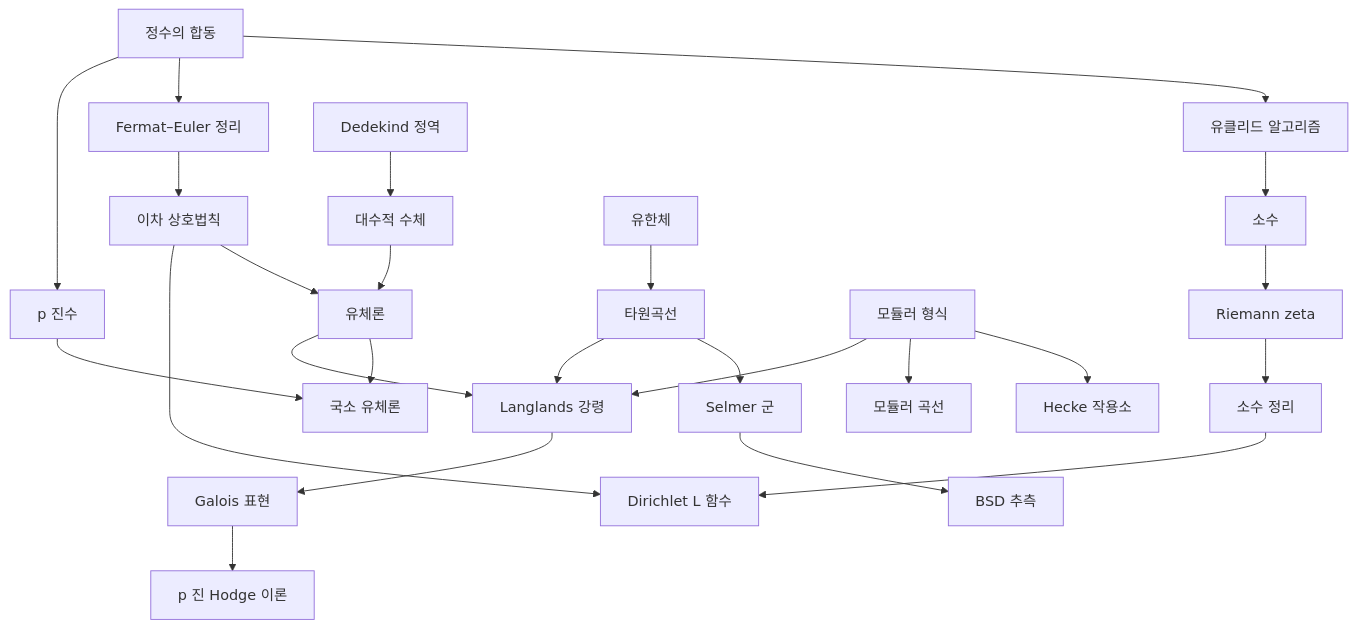
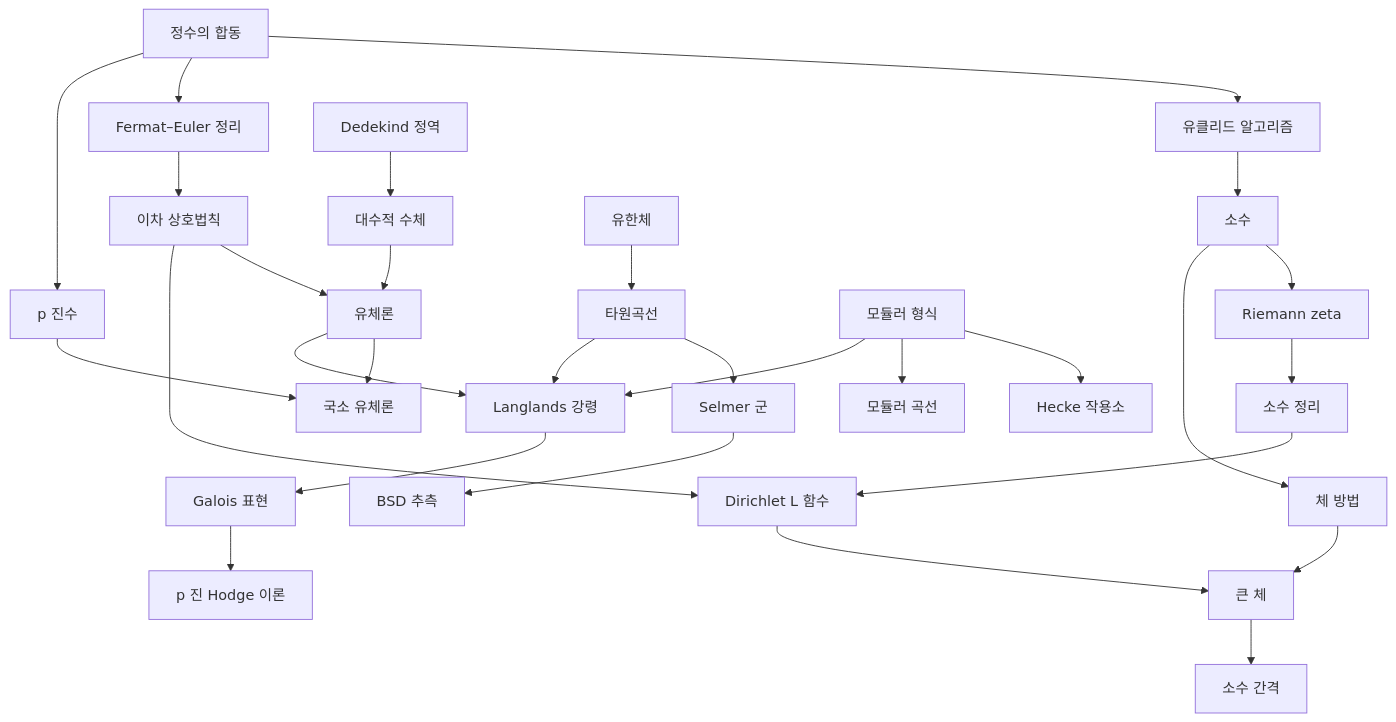
Before and after one commit to Phryxia/math-map: the diagram in docs/number-theory-overview.md, drawn with Mermaid. The commit also changed 1 other file, not shown here.

Commit message:
extend the number theory and functional analysis overview maps with this round's edges
Claude-Session: https://claude.ai/code/session_018mhvjoQDBC4TZsPiYdQHhf

````diff
--- a/docs/number-theory-overview.md
+++ b/docs/number-theory-overview.md
@@ -13,17 +13,19 @@
 ```mermaid
 graph TD
   MA["정수의 합동"] --> EA["유클리드 알고리즘"] --> PR["소수"]
   MA --> FE["Fermat–Euler 정리"] --> QR["이차 상호법칙"]
   MA --> PA["p 진수"] --> LCFT["국소 유체론"]
   PR --> RZ["Riemann zeta"] --> PNT["소수 정리"] --> DL["Dirichlet L 함수"]
+  PR --> SV["체 방법"] --> LSV["큰 체"] --> PG["소수 간격"]
+  DL --> LSV
   DD["Dedekind 정역"] --> ANF["대수적 수체"] --> CFT["유체론"]
   QR --> CFT --> LCFT
   QR --> DL
   FF["유한체"] --> EC["타원곡선"] --> SEL["Selmer 군"] --> BSD["BSD 추측"]
   MF["모듈러 형식"] --> HK["Hecke 작용소"]
   MF --> MC["모듈러 곡선"]
   CFT --> LP["Langlands 강령"]
   MF --> LP
   EC --> LP
   LP --> GR["Galois 표현"] --> PH["p 진 Hodge 이론"]
 ```
````
